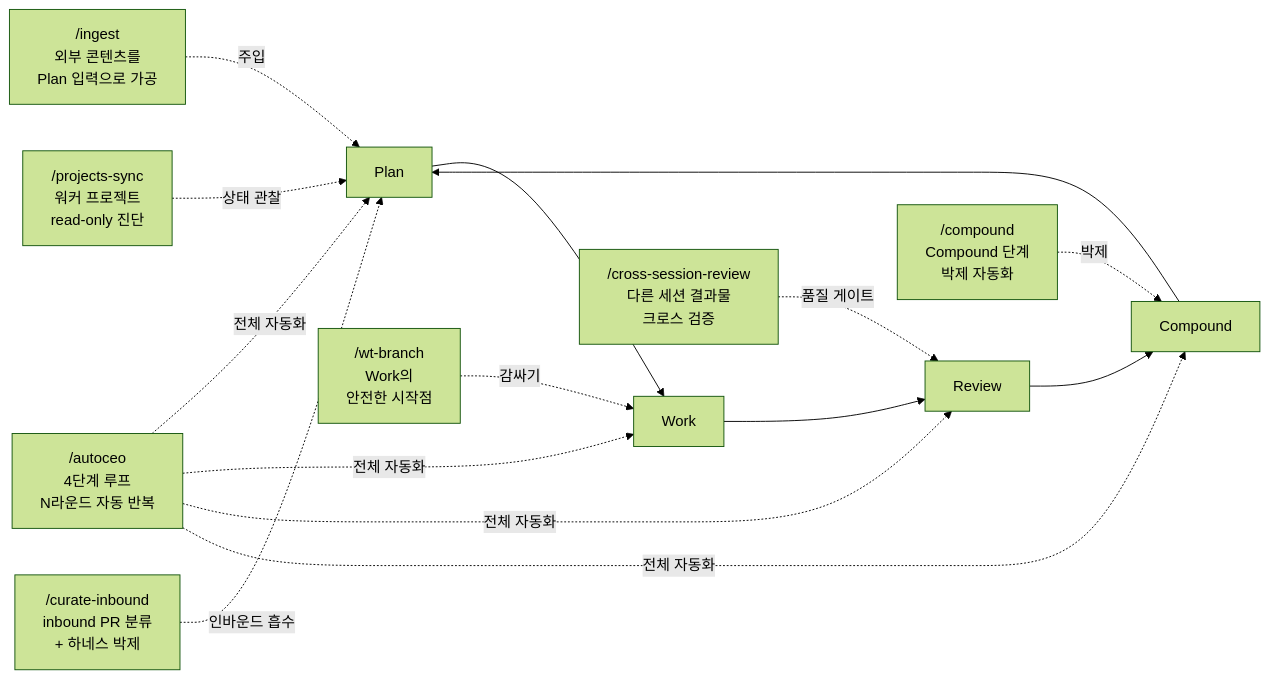
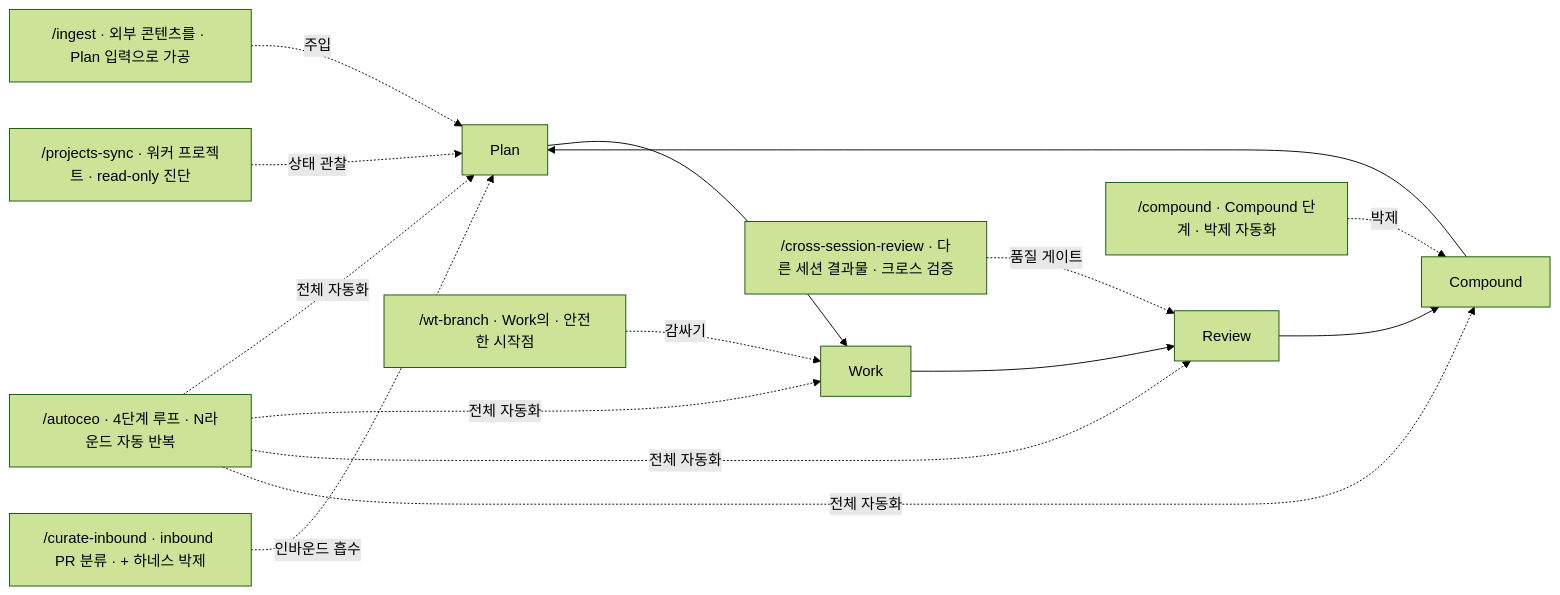
Before and after one commit to Mino777/ai-study: the diagram in content/harness-engineering/compound-automation-slash-commands.mdx, drawn with Mermaid (forest theme). The commit also changed 16 other files, not shown here.

First line of the commit message:
fix: Mermaid <br/> 렌더링 에러 근본 해결 — auto-fix 승격 + 전체 MDX 일괄 치환

````diff
--- a/content/harness-engineering/compound-automation-slash-commands.mdx
+++ b/content/harness-engineering/compound-automation-slash-commands.mdx
@@ -89,28 +89,28 @@
 ```mermaid
 flowchart LR
   P["Plan"]
   W["Work"]
   R["Review"]
   C["Compound"]
 
   P --> W --> R --> C --> P
 
-  ingest["/ingest<br/>외부 콘텐츠를<br/>Plan 입력으로 가공"]
-  wt["/wt-branch<br/>Work의<br/>안전한 시작점"]
-  compound["/compound<br/>Compound 단계<br/>박제 자동화"]
-  autoceo["/autoceo<br/>4단계 루프<br/>N라운드 자동 반복"]
-  psync["/projects-sync<br/>워커 프로젝트<br/>read-only 진단"]
-  curate["/curate-inbound<br/>inbound PR 분류<br/>+ 하네스 박제"]
-  csr["/cross-session-review<br/>다른 세션 결과물<br/>크로스 검증"]
+  ingest["/ingest · 외부 콘텐츠를 · Plan 입력으로 가공"]
+  wt["/wt-branch · Work의 · 안전한 시작점"]
+  compound["/compound · Compound 단계 · 박제 자동화"]
+  autoceo["/autoceo · 4단계 루프 · N라운드 자동 반복"]
+  psync["/projects-sync · 워커 프로젝트 · read-only 진단"]
+  curate["/curate-inbound · inbound PR 분류 · + 하네스 박제"]
+  csr["/cross-session-review · 다른 세션 결과물 · 크로스 검증"]
 
   ingest -. "주입" .-> P
   wt -. "감싸기" .-> W
   compound -. "박제" .-> C
   autoceo -. "전체 자동화" .-> P
   autoceo -. "전체 자동화" .-> W
   autoceo -. "전체 자동화" .-> R
   autoceo -. "전체 자동화" .-> C
   psync -. "상태 관찰" .-> P
   curate -. "인바운드 흡수" .-> P
   csr -. "품질 게이트" .-> R
 ```
````
